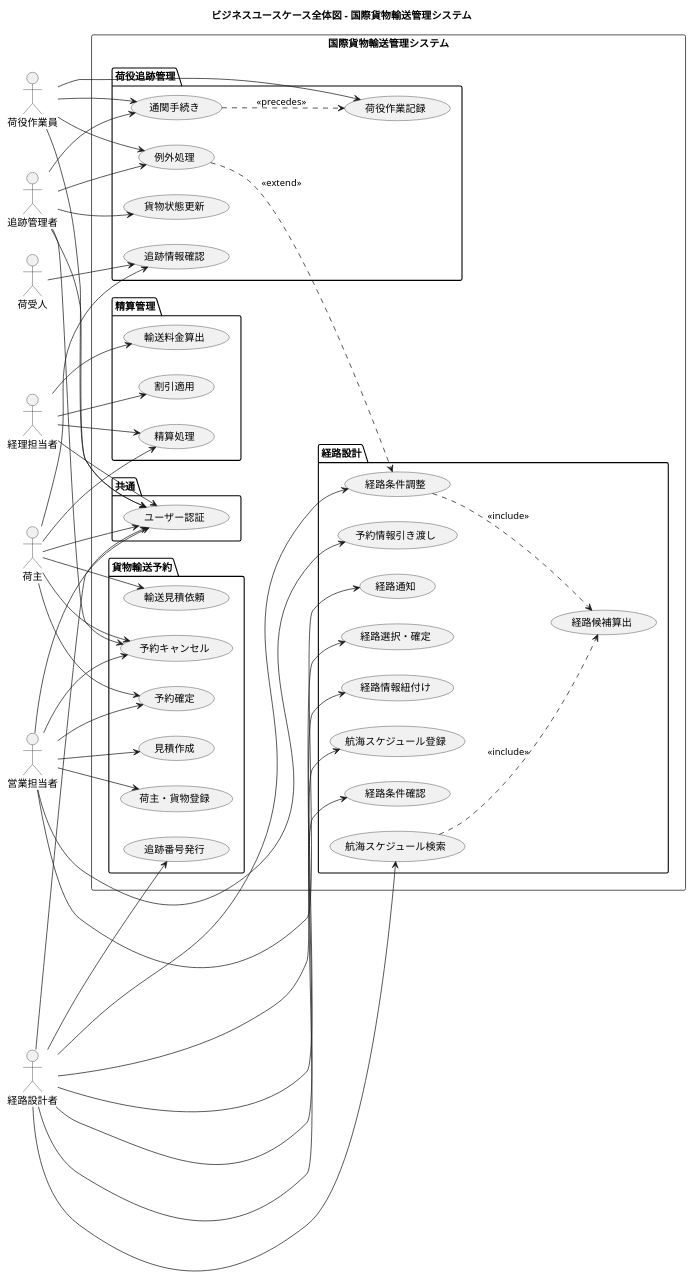
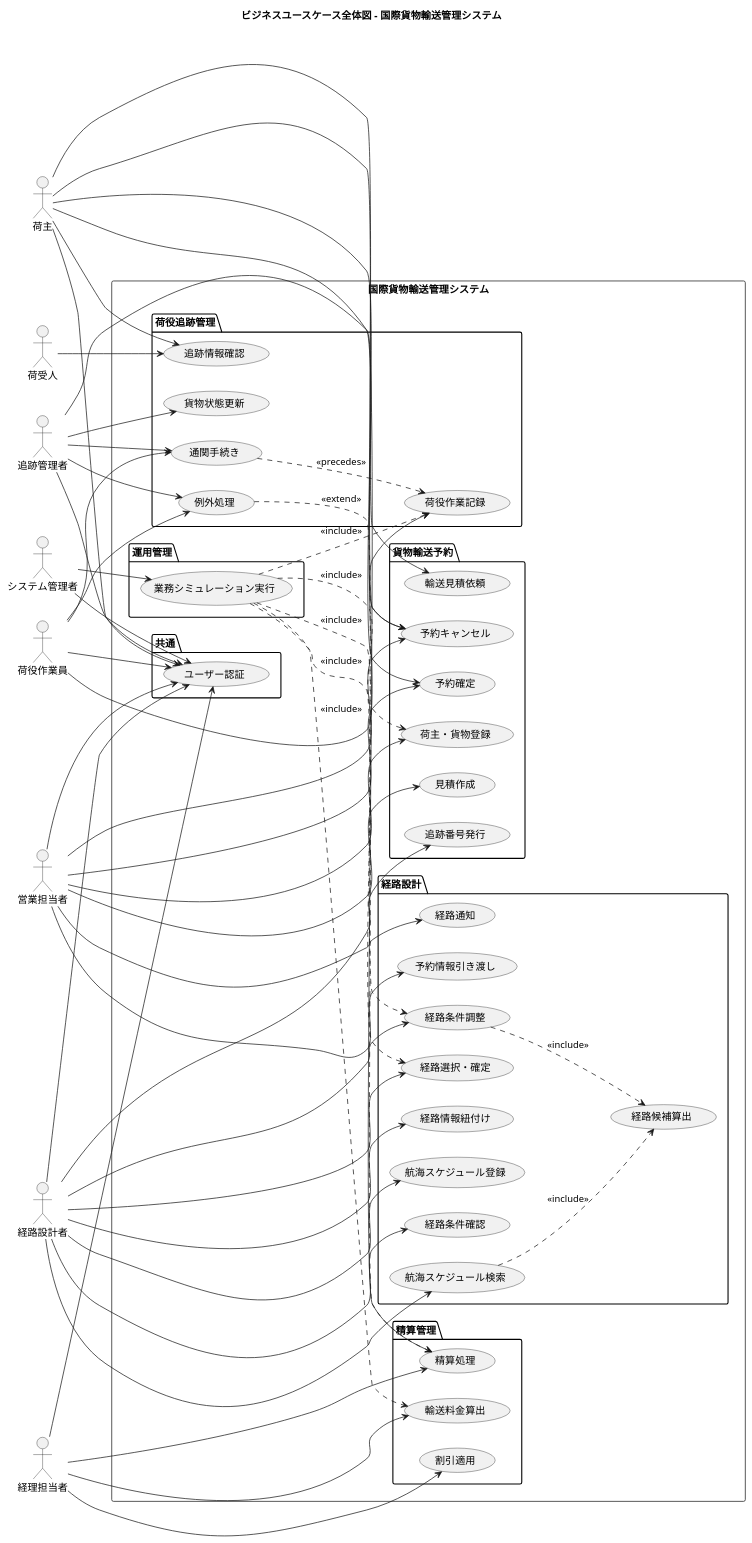
The diagram in docs/requirements/business_usecase.md (k2works/case-study-cargo-tracker), drawn with PlantUML before and after one commit. The commit also changed other lines of this file and 4 other files, not shown here.

````diff
--- a/docs/requirements/business_usecase.md
+++ b/docs/requirements/business_usecase.md
@@ -27,6 +27,7 @@
 actor 追跡管理者
 actor 荷役作業員
 actor 経理担当者
+actor システム管理者
 
 rectangle 国際貨物輸送管理システム {
   package 貨物輸送予約 {
@@ -62,6 +63,9 @@
   }
   package 共通 {
     usecase "ユーザー認証" as BUC22
+  }
+  package 運用管理 {
+    usecase "業務シミュレーション実行" as BUC25
   }
 }
 
@@ -104,6 +108,13 @@
 追跡管理者 --> BUC22
 荷役作業員 --> BUC22
 経理担当者 --> BUC22
+システム管理者 --> BUC22
+システム管理者 --> BUC25
+BUC25 ..> BUC03 : <<include>>
+BUC25 ..> BUC10 : <<include>>
+BUC25 ..> BUC14 : <<include>>
+BUC25 ..> BUC18 : <<include>>
+BUC25 ..> BUC20 : <<include>>
 
 @enduml
 ```
````
